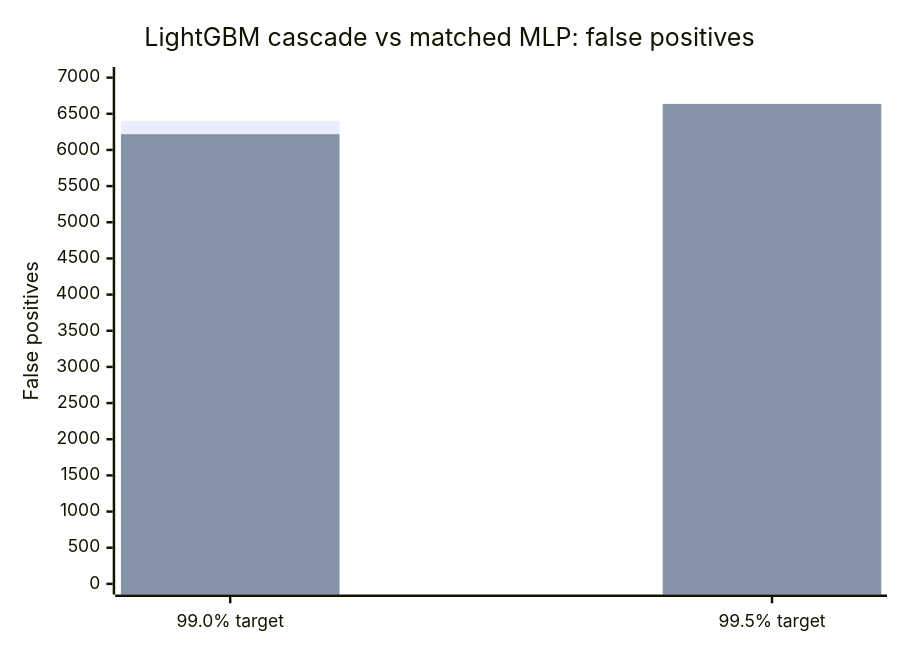
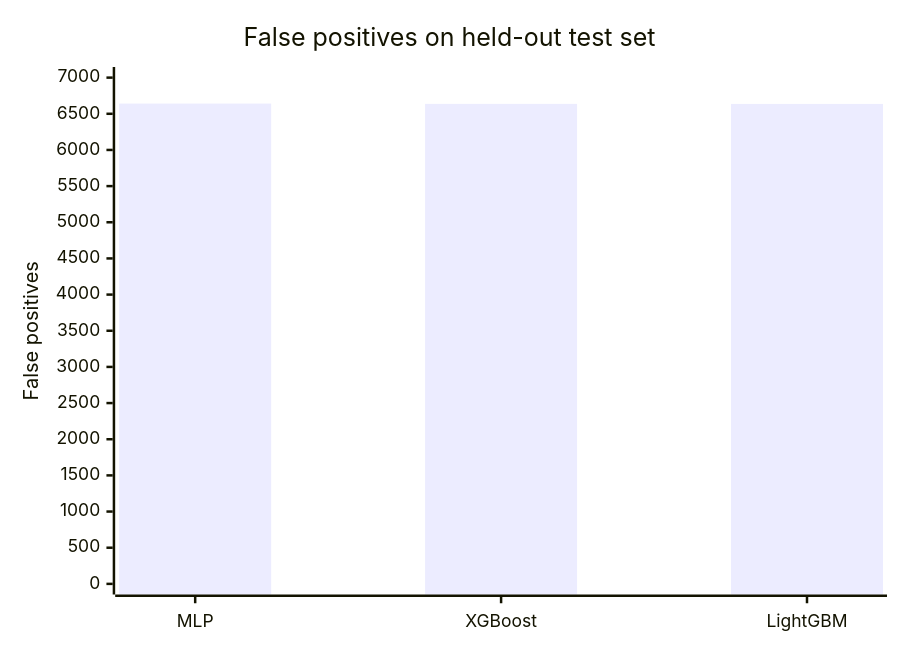
Before and after one commit to Harshithpatali/cardiorisk-ai: the third of 3 diagrams in README.md, drawn with Mermaid. The commit also changed other lines of this file, not shown here.

Commit message:
docs: expand two-tier architecture, evaluation charts and UI guide

````diff
--- a/README.md
+++ b/README.md
@@ -85,8 +108,7 @@
 ```mermaid
 xychart-beta
-    title "LightGBM cascade vs matched MLP: false positives"
-    x-axis ["99.0% target", "99.5% target"]
+    title "False positives on held-out test set"
+    x-axis ["MLP", "XGBoost", "LightGBM"]
     y-axis "False positives" 0 --> 7000
-    bar [6402, 6641]
-    bar [6218, 6636]
+    bar [6641, 6637, 6636]
 ```
````
